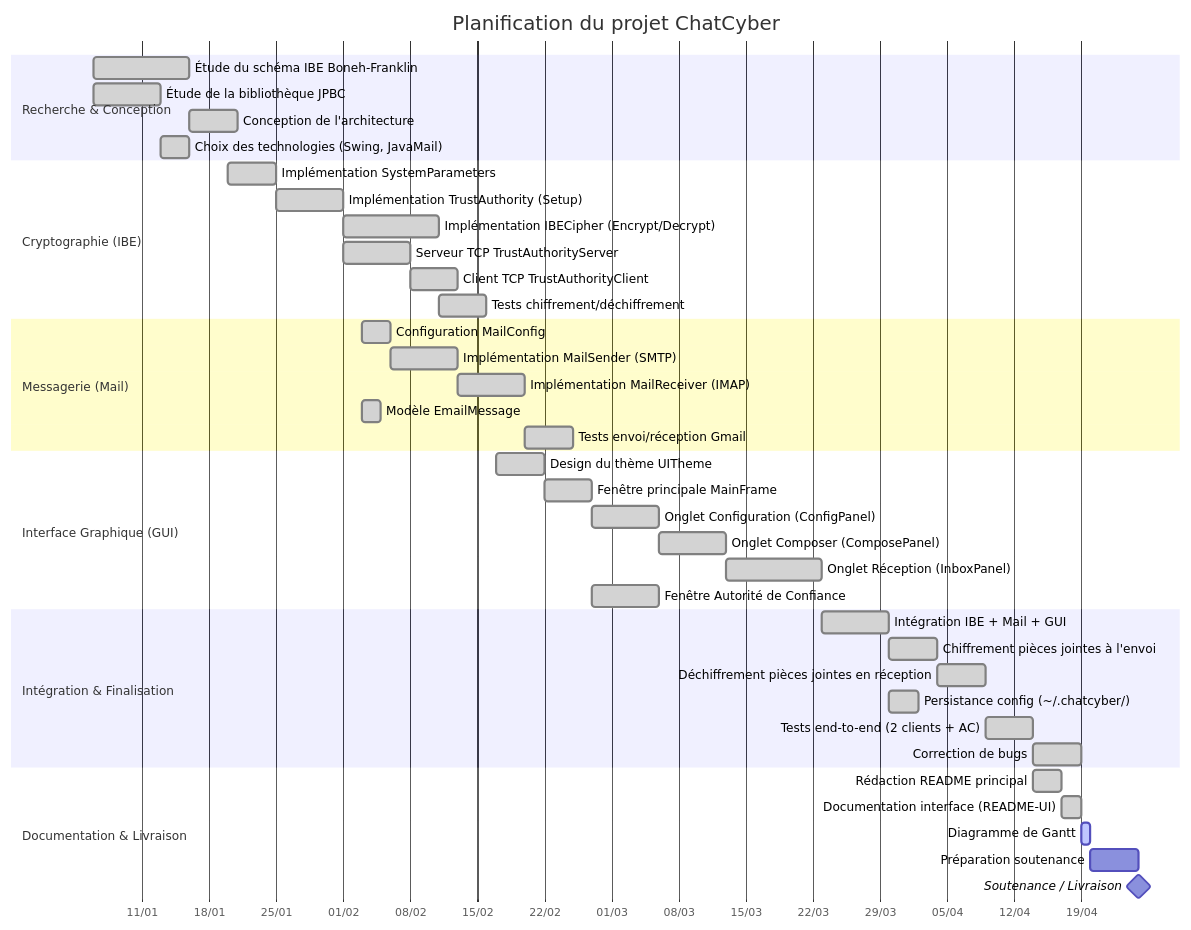
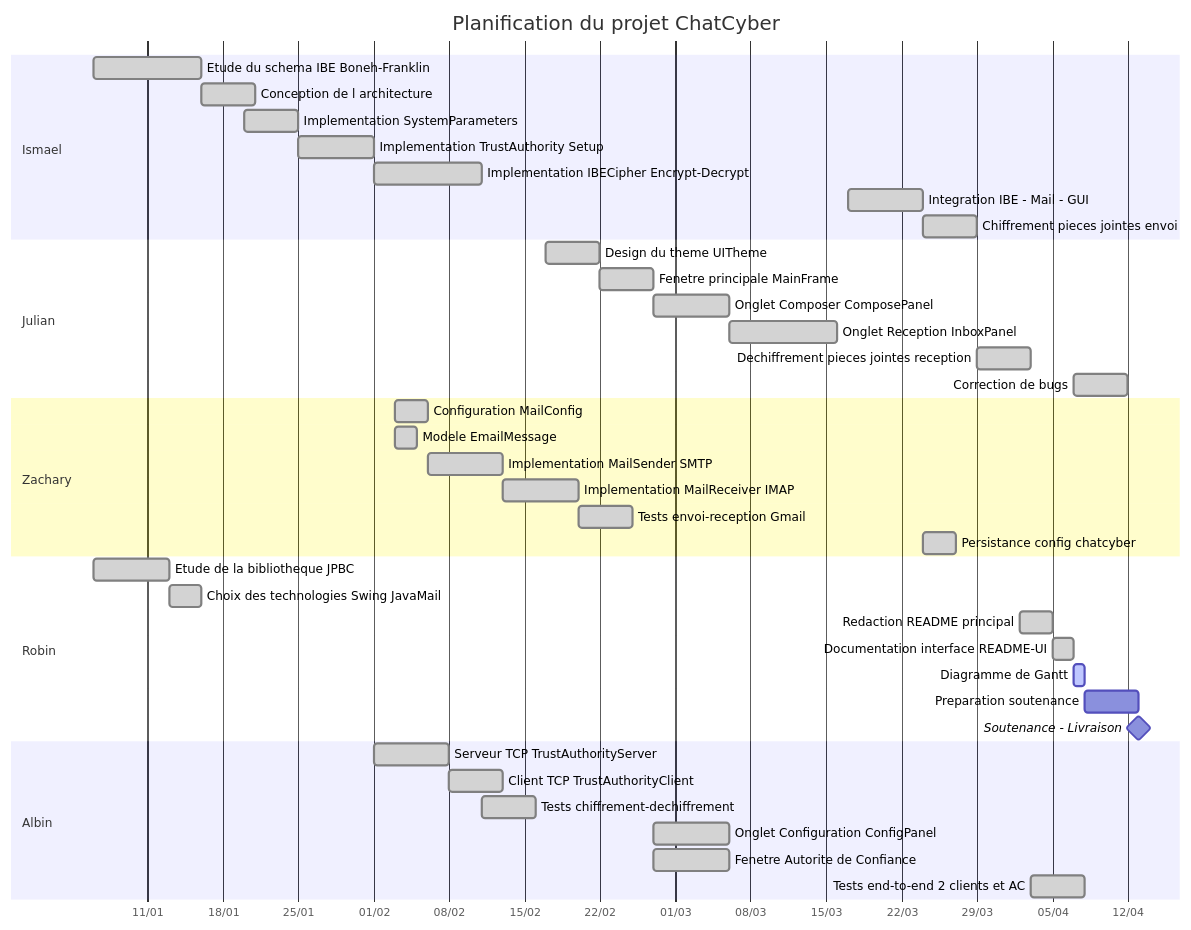
One commit to ismo009/chatcyber changed the diagram in README_GANTT.md. Above: the diagram before and after it, drawn with Mermaid. The commit also changed other lines of this file, not shown here.

````diff
--- a/README_GANTT.md
+++ b/README_GANTT.md
@@ -3,50 +5,48 @@
 ```mermaid
 gantt
     title Planification du projet ChatCyber
-    dateFormat  YYYY-MM-DD
-    axisFormat  %d/%m
+    dateFormat YYYY-MM-DD
+    axisFormat %d/%m
 
-    section Recherche & Conception
-    Étude du schéma IBE Boneh-Franklin       :done, r1, 2026-01-06, 10d
-    Étude de la bibliothèque JPBC            :done, r2, 2026-01-06, 7d
-    Conception de l'architecture              :done, r3, after r1, 5d
-    Choix des technologies (Swing, JavaMail)  :done, r4, 2026-01-13, 3d
+    section Ismael
+    Etude du schema IBE Boneh-Franklin        :done, r1, 2026-01-06, 10d
+    Conception de l architecture               :done, r3, after r1, 5d
+    Implementation SystemParameters            :done, c1, 2026-01-20, 5d
+    Implementation TrustAuthority Setup        :done, c2, after c1, 7d
+    Implementation IBECipher Encrypt-Decrypt   :done, c3, after c2, 10d
+    Integration IBE - Mail - GUI               :done, i1, 2026-03-17, 7d
+    Chiffrement pieces jointes envoi           :done, i2, after i1, 5d
 
-    section Cryptographie (IBE)
-    Implémentation SystemParameters           :done, c1, 2026-01-20, 5d
-    Implémentation TrustAuthority (Setup)     :done, c2, after c1, 7d
-    Implémentation IBECipher (Encrypt/Decrypt):done, c3, after c2, 10d
-    Serveur TCP TrustAuthorityServer          :done, c4, after c2, 7d
-    Client TCP TrustAuthorityClient           :done, c5, after c4, 5d
-    Tests chiffrement/déchiffrement           :done, c6, after c3, 5d
+    section Julian
+    Design du theme UITheme                    :done, g1, 2026-02-17, 5d
+    Fenetre principale MainFrame               :done, g2, after g1, 5d
+    Onglet Composer ComposePanel               :done, g4, after g2, 7d
+    Onglet Reception InboxPanel                :done, g5, after g4, 10d
+    Dechiffrement pieces jointes reception     :done, i3, after i2, 5d
+    Correction de bugs                         :done, i6, 2026-04-07, 5d
 
-    section Messagerie (Mail)
-    Configuration MailConfig                  :done, m1, 2026-02-03, 3d
-    Implémentation MailSender (SMTP)          :done, m2, after m1, 7d
-    Implémentation MailReceiver (IMAP)        :done, m3, after m2, 7d
-    Modèle EmailMessage                       :done, m4, 2026-02-03, 2d
-    Tests envoi/réception Gmail               :done, m5, after m3, 5d
+    section Zachary
+    Configuration MailConfig                   :done, m1, 2026-02-03, 3d
+    Modele EmailMessage                        :done, m4, 2026-02-03, 2d
+    Implementation MailSender SMTP             :done, m2, after m1, 7d
+    Implementation MailReceiver IMAP           :done, m3, after m2, 7d
+    Tests envoi-reception Gmail                :done, m5, after m3, 5d
+    Persistance config chatcyber               :done, i4, after i1, 3d
 
-    section Interface Graphique (GUI)
-    Design du thème UITheme                   :done, g1, 2026-02-17, 5d
-    Fenêtre principale MainFrame              :done, g2, after g1, 5d
-    Onglet Configuration (ConfigPanel)        :done, g3, after g2, 7d
-    Onglet Composer (ComposePanel)            :done, g4, after g3, 7d
-    Onglet Réception (InboxPanel)             :done, g5, after g4, 10d
-    Fenêtre Autorité de Confiance             :done, g6, after g2, 7d
+    section Robin
+    Etude de la bibliotheque JPBC              :done, r2, 2026-01-06, 7d
+    Choix des technologies Swing JavaMail      :done, r4, 2026-01-13, 3d
+    Redaction README principal                 :done, d1, 2026-04-02, 3d
+    Documentation interface README-UI          :done, d2, after d1, 2d
+    Diagramme de Gantt                         :active, d3, after d2, 1d
+    Preparation soutenance                     :d4, after d3, 5d
+    Soutenance - Livraison                     :milestone, d5, after d4, 0d
 
-    section Intégration & Finalisation
-    Intégration IBE + Mail + GUI              :done, i1, after g5, 7d
-    Chiffrement pièces jointes à l'envoi      :done, i2, after i1, 5d
-    Déchiffrement pièces jointes en réception :done, i3, after i2, 5d
-    Persistance config (~/.chatcyber/)        :done, i4, after i1, 3d
-    Tests end-to-end (2 clients + AC)         :done, i5, after i3, 5d
-    Correction de bugs                        :done, i6, after i5, 5d
-
-    section Documentation & Livraison
-    Rédaction README principal                :done, d1, after i5, 3d
-    Documentation interface (README-UI)       :done, d2, after d1, 2d
-    Diagramme de Gantt                        :active, d3, after d2, 1d
-    Préparation soutenance                    :d4, after d3, 5d
-    Soutenance / Livraison                    :milestone, d5, after d4, 0d
+    section Albin
+    Serveur TCP TrustAuthorityServer           :done, c4, 2026-02-01, 7d
+    Client TCP TrustAuthorityClient            :done, c5, after c4, 5d
+    Tests chiffrement-dechiffrement            :done, c6, after c3, 5d
+    Onglet Configuration ConfigPanel           :done, g3, after g2, 7d
+    Fenetre Autorite de Confiance              :done, g6, after g2, 7d
+    Tests end-to-end 2 clients et AC           :done, i5, after i3, 5d
 ```
````
